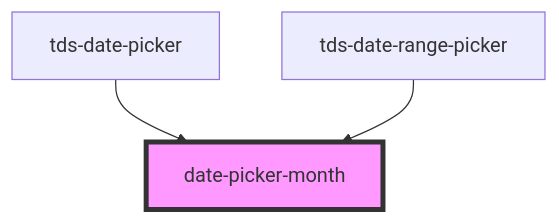
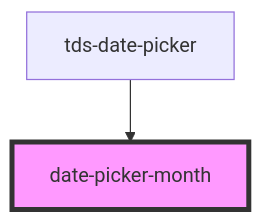
Before and after one commit to scania-digital-design-system/tegel: the diagram in packages/core/src/components/date-picker/month/readme.md, drawn with Mermaid. The commit also changed other lines of this file and 4 other files, not shown here.

````diff
--- a/packages/core/src/components/date-picker/month/readme.md
+++ b/packages/core/src/components/date-picker/month/readme.md
@@ -25,6 +24,5 @@
 ```mermaid
 graph TD;
   tds-date-picker --> date-picker-month
-  tds-date-range-picker --> date-picker-month
   style date-picker-month fill:#f9f,stroke:#333,stroke-width:4px
 ```
````
